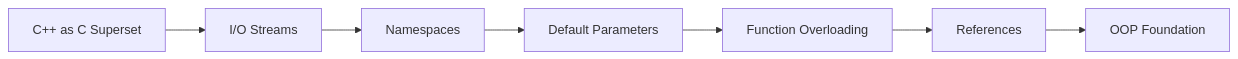
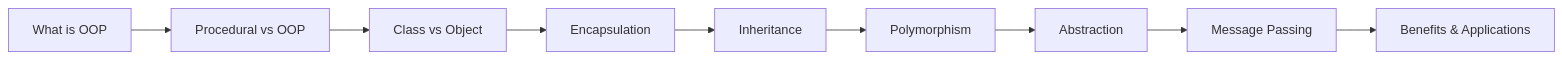
One commit to Raushan666java/ai-engineering-journey changed the diagram in docs/courses/oop-cpp/01-introduction.md. Above: the diagram before and after it, drawn with Mermaid. The commit also changed other lines of this file and 15 other files, not shown here.

````diff
--- a/docs/courses/oop-cpp/01-introduction.md
+++ b/docs/courses/oop-cpp/01-introduction.md
@@ -28,9 +35,11 @@
 ```mermaid
 flowchart LR
-    A[C++ as C Superset] --> B[I/O Streams]
-    B --> C[Namespaces]
-    C --> D[Default Parameters]
-    D --> E[Function Overloading]
-    E --> F[References]
-    F --> G[OOP Foundation]
+    A[What is OOP] --> B[Procedural vs OOP]
+    B --> C[Class vs Object]
+    C --> D[Encapsulation]
+    D --> E[Inheritance]
+    E --> F[Polymorphism]
+    F --> G[Abstraction]
+    G --> H[Message Passing]
+    H --> I[Benefits & Applications]
 ```
````
